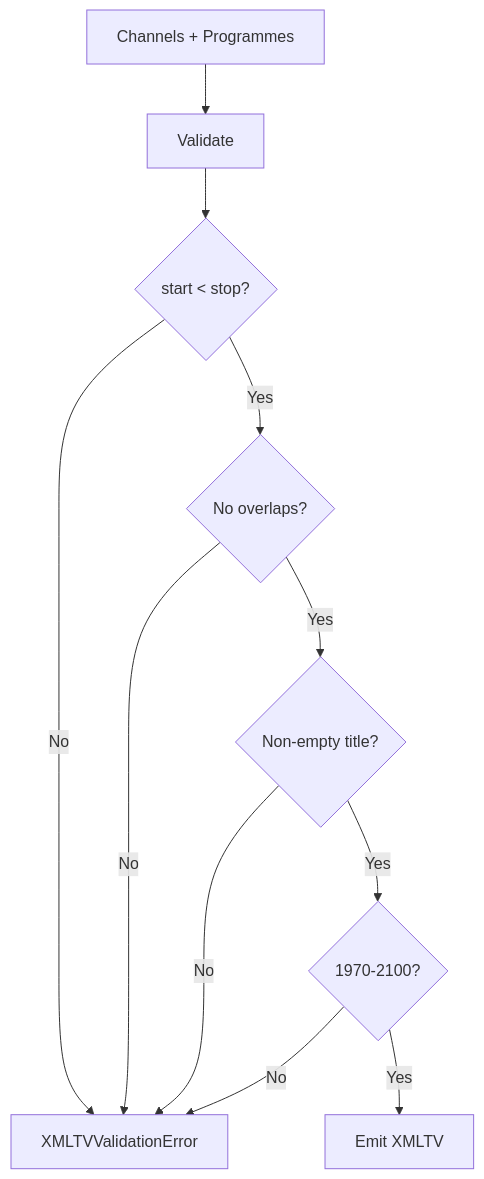
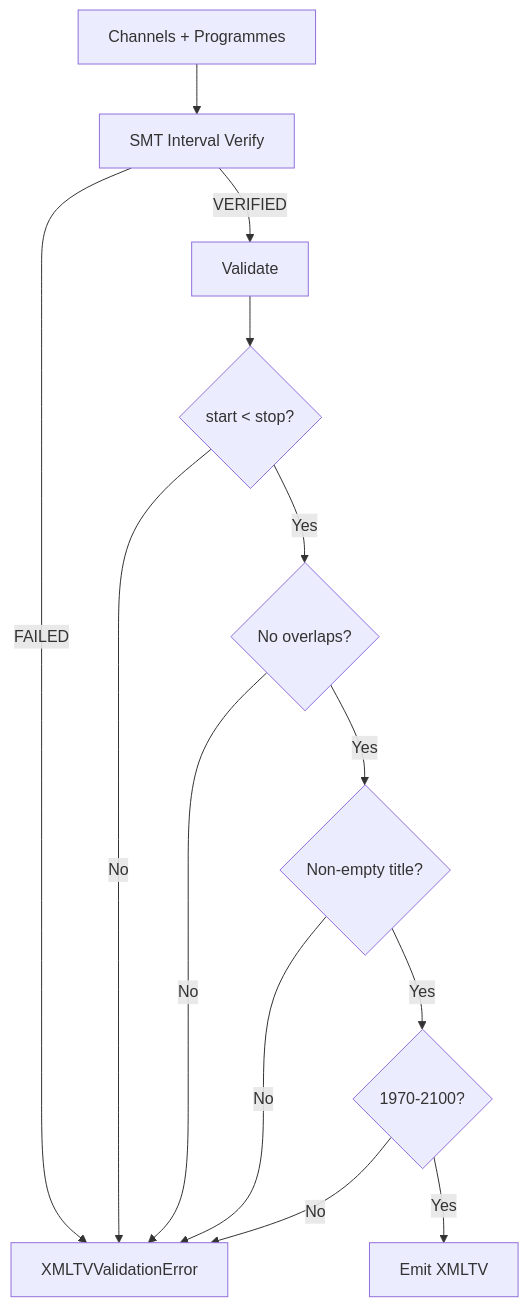
Before and after one commit to roto31/EXStreamTV: the eighth of 11 diagrams in docs/PLATFORM_GUIDE.md, drawn with Mermaid. The commit also changed other lines of this file and 89 other files, not shown here.

````diff
--- a/docs/PLATFORM_GUIDE.md
+++ b/docs/PLATFORM_GUIDE.md
@@ -338,22 +338,25 @@
 ```mermaid
 flowchart TB
     Input[Channels + Programmes]
+    SMTGate[SMT Interval Verify]
     Validate[Validate]
     Monotonic{start < stop?}
     Overlap{No overlaps?}
     Title{Non-empty title?}
     Range{1970-2100?}
     Emit[Emit XMLTV]
     Error[XMLTVValidationError]
     
-    Input --> Validate
+    Input --> SMTGate
+    SMTGate -->|VERIFIED| Validate
+    SMTGate -->|FAILED| Error
     Validate --> Monotonic
     Monotonic -->|No| Error
     Monotonic -->|Yes| Overlap
     Overlap -->|No| Error
     Overlap -->|Yes| Title
     Title -->|No| Error
     Title -->|Yes| Range
     Range -->|No| Error
     Range -->|Yes| Emit
 ```
````
